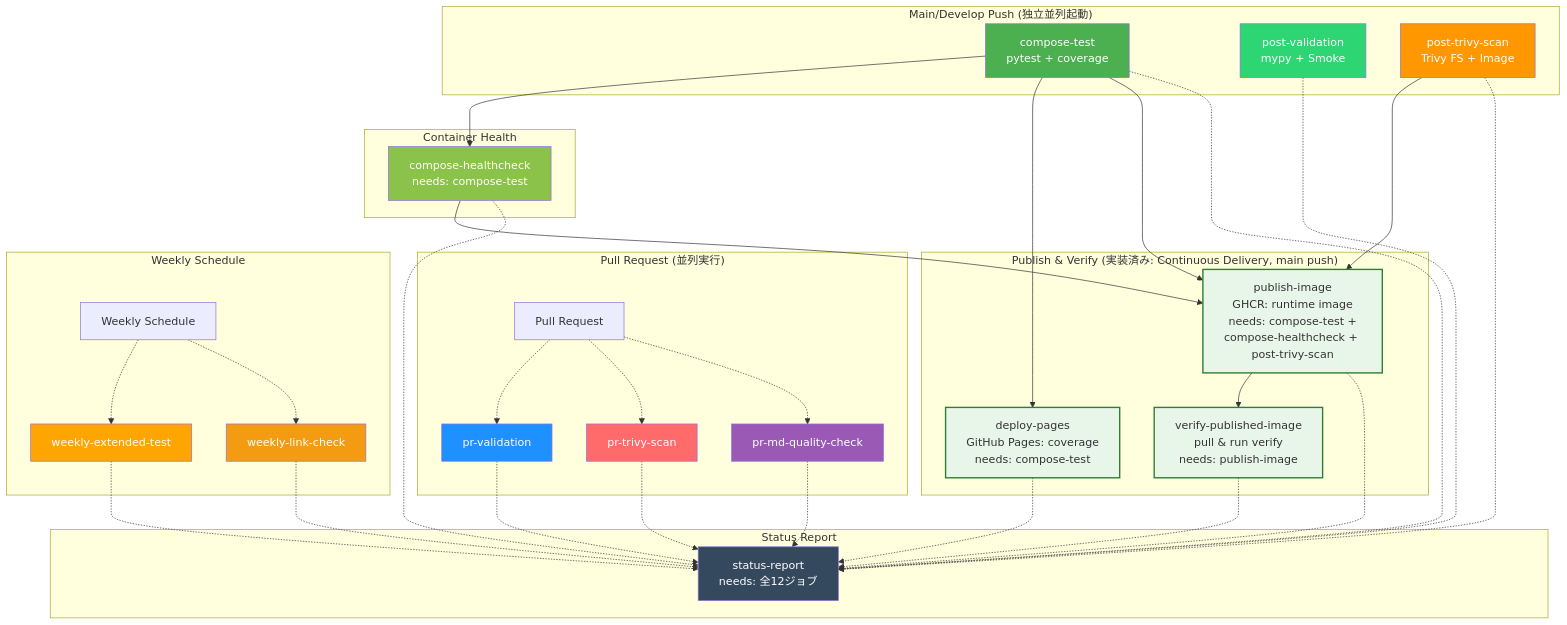
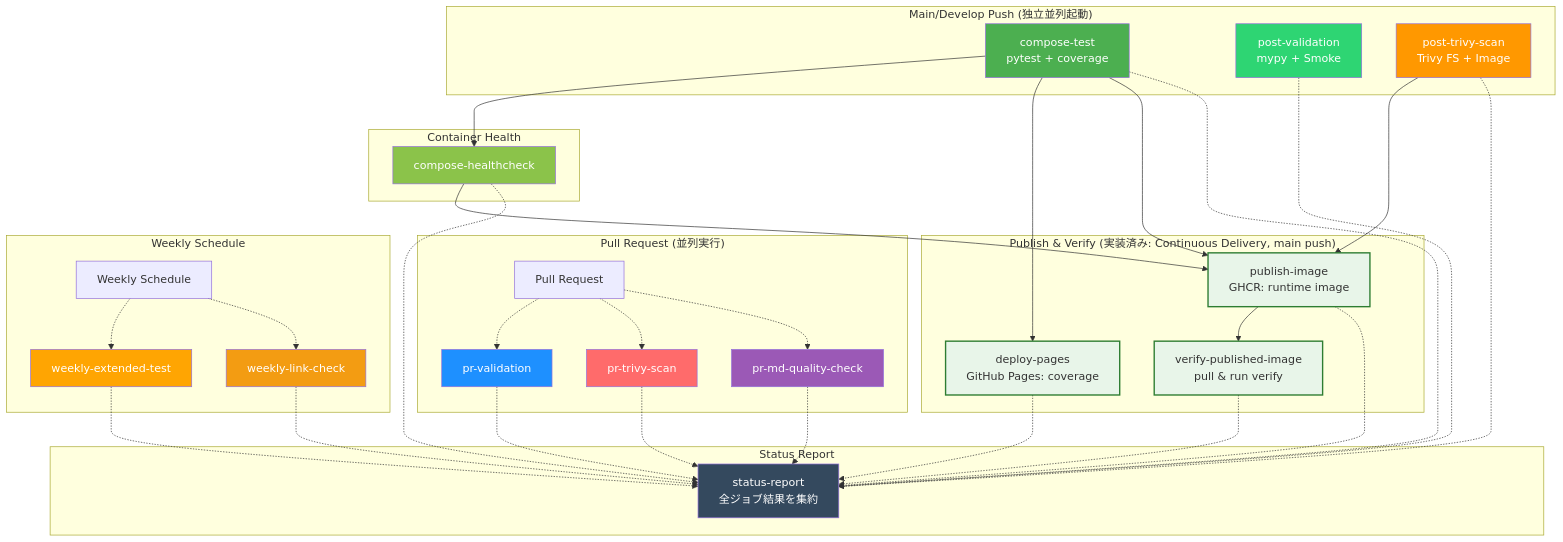
One commit to yaoki-dev/api-test-devops-portfolio changed the diagram in docs/reference/ci_cd_pipeline.md. Above: the diagram before and after it, drawn with Mermaid. The commit also changed other lines of this file, not shown here.

Commit message:
docs(ci): Grill是正v2の3タスクを実装 (#441)
【背景】: Grill是正v2で指摘されたREADME運用フロー図プランの3残タスクを解消

【変更内容】: Source of Truth注記追加、SRラベル修正（needs:全12ジョブ→全ジョブ結果を集約）、CD表precise needs注記追加

【影響範囲】: 🟢 原則不要（ドキュメントのみ、挙動不変）

````diff
--- a/docs/reference/ci_cd_pipeline.md
+++ b/docs/reference/ci_cd_pipeline.md
@@ -9,67 +11,67 @@
 ```mermaid
 graph TB
     subgraph "Pull Request (並列実行)"
         PR[Pull Request] -.-> PV[pr-validation]
         PR -.-> PS[pr-trivy-scan]
         PR -.-> PMQ[pr-md-quality-check]
     end
 
     subgraph "Main/Develop Push (独立並列起動)"
         CTEST[compose-test<br/>pytest + coverage]
         PVAL[post-validation<br/>mypy + Smoke]
         PTRIVY[post-trivy-scan<br/>Trivy FS + Image]
     end
 
     subgraph "Container Health"
-        CHEALTH[compose-healthcheck<br/>needs: compose-test]
+        CHEALTH[compose-healthcheck]
     end
 
     subgraph "Publish & Verify (実装済み: Continuous Delivery, main push)"
-        DP[deploy-pages<br/>GitHub Pages: coverage<br/>needs: compose-test]
-        PI[publish-image<br/>GHCR: runtime image<br/>needs: compose-test +<br/>compose-healthcheck + post-trivy-scan]
-        VI[verify-published-image<br/>pull & run verify<br/>needs: publish-image]
+        DP[deploy-pages<br/>GitHub Pages: coverage]
+        PI[publish-image<br/>GHCR: runtime image]
+        VI[verify-published-image<br/>pull & run verify]
     end
 
     subgraph "Weekly Schedule"
         WS[Weekly Schedule] -.-> WC[weekly-extended-test]
         WS -.-> WL[weekly-link-check]
     end
 
     subgraph "Status Report"
-        SR[status-report<br/>needs: 全12ジョブ]
+        SR[status-report<br/>全ジョブ結果を集約]
     end
 
     CTEST --> CHEALTH
     CTEST --> DP
     CTEST --> PI
     CHEALTH --> PI
     PTRIVY --> PI
     PI --> VI
 
     PV -.-> SR
     PS -.-> SR
     PMQ -.-> SR
     PVAL -.-> SR
     PTRIVY -.-> SR
     WC -.-> SR
     WL -.-> SR
     CTEST -.-> SR
     CHEALTH -.-> SR
     DP -.-> SR
     PI -.-> SR
     VI -.-> SR
 
     style PV fill:#1e90ff,color:#fff
     style PS fill:#ff6b6b,color:#fff
     style PMQ fill:#9b59b6,color:#fff
     style CTEST fill:#4caf50,color:#fff
     style CHEALTH fill:#8bc34a,color:#fff
     style PVAL fill:#2ed573,color:#fff
     style PTRIVY fill:#ff9800,color:#fff
     style DP fill:#e8f5e9,stroke:#2e7d32,stroke-width:2px
     style PI fill:#e8f5e9,stroke:#2e7d32,stroke-width:2px
     style VI fill:#e8f5e9,stroke:#2e7d32,stroke-width:2px
     style WC fill:#ffa502,color:#fff
     style WL fill:#f39c12,color:#fff
     style SR fill:#34495e,color:#fff
 ```
````
